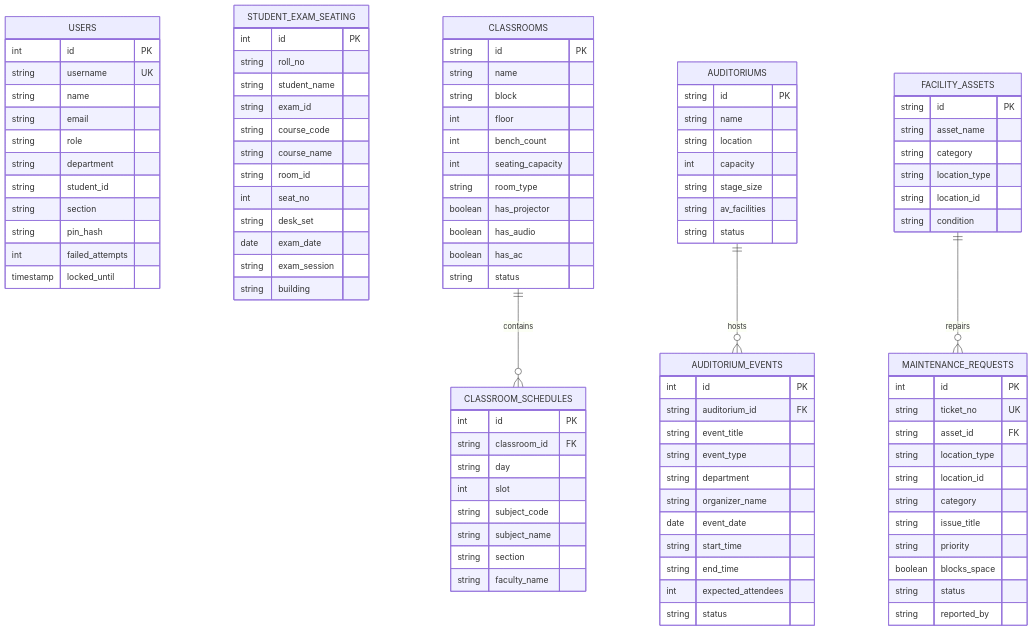
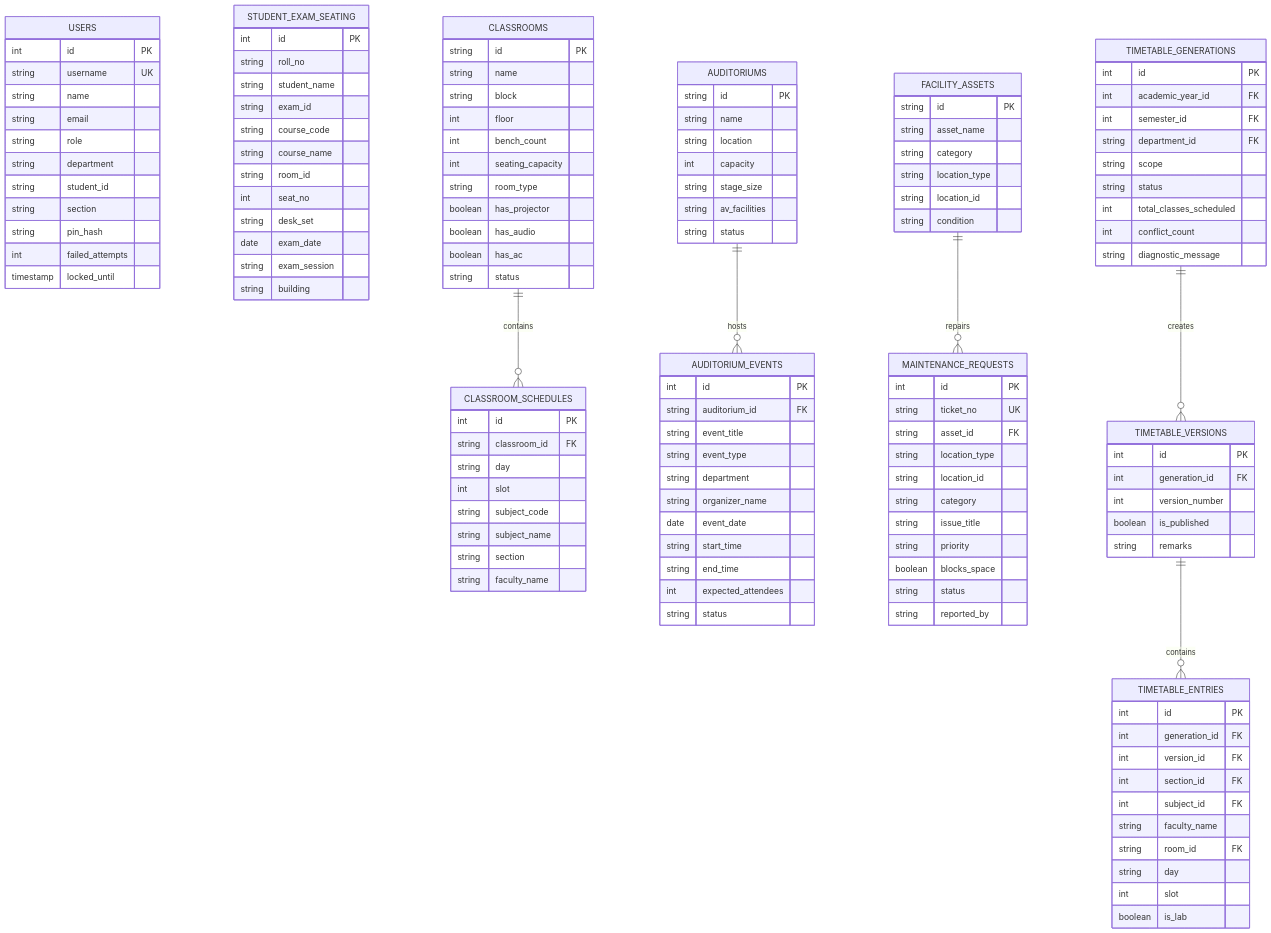
One commit to tharshith30/seating_allocator changed the third of 3 diagrams in PROJECT_SUBMISSION_REPORT.md. Above: the diagram before and after it, drawn with Mermaid. The commit also changed other lines of this file and 9 other files, not shown here.

Commit message:
feat: integrate automatic academic timetable generation engine with CSP solver and multi-pivot matrix

````diff
--- a/PROJECT_SUBMISSION_REPORT.md
+++ b/PROJECT_SUBMISSION_REPORT.md
@@ -287,4 +312,40 @@
     CLASSROOMS ||--o{ CLASSROOM_SCHEDULES : contains
     AUDITORIUMS ||--o{ AUDITORIUM_EVENTS : hosts
     FACILITY_ASSETS ||--o{ MAINTENANCE_REQUESTS : repairs
+
+    TIMETABLE_GENERATIONS {
+        int id PK
+        int academic_year_id FK
+        int semester_id FK
+        string department_id FK
+        string scope
+        string status
+        int total_classes_scheduled
+        int conflict_count
+        string diagnostic_message
+    }
+
+    TIMETABLE_VERSIONS {
+        int id PK
+        int generation_id FK
+        int version_number
+        boolean is_published
+        string remarks
+    }
+
+    TIMETABLE_ENTRIES {
+        int id PK
+        int generation_id FK
+        int version_id FK
+        int section_id FK
+        int subject_id FK
+        string faculty_name
+        string room_id FK
+        string day
+        int slot
+        boolean is_lab
+    }
+
+    TIMETABLE_GENERATIONS ||--o{ TIMETABLE_VERSIONS : creates
+    TIMETABLE_VERSIONS ||--o{ TIMETABLE_ENTRIES : contains
 ```
````
